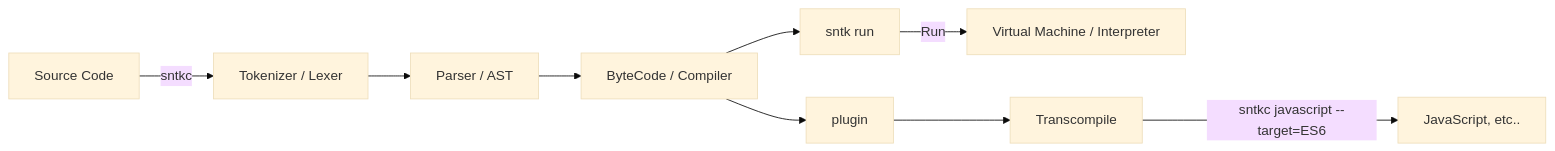
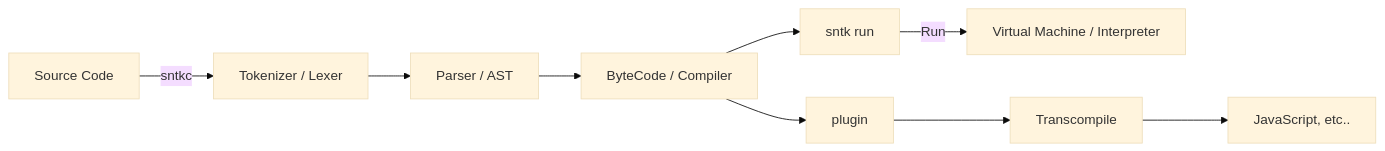
One commit to siglang/signature changed the diagram in README.md. Above: the diagram before and after it, drawn with Mermaid (base theme). The commit also changed other lines of this file, not shown here.

````diff
--- a/README.md
+++ b/README.md
@@ -46,11 +50,11 @@
 ```mermaid
 graph LR
-    _[Source Code] --> |sntkc| A
-    A[Tokenizer / Lexer] --> B[Parser / AST]
-    B --> C[ByteCode / Compiler]
-    C --> D[sntk run]
-    D --> |Run| E[Virtual Machine / Interpreter]
-    C --> F[plugin]
-    F --> G[Transcompile]
-    G --> |sntkc javascript --target=ES6| H[JavaScript, etc..]
+    _[Source Code] --> |sntkc| Lexer
+    Lexer[Tokenizer / Lexer] --> Parser[Parser / AST]
+    Parser --> Compiler[ByteCode / Compiler]
+    Compiler --> Run[sntk run]
+    Run --> |Run| VM[Virtual Machine / Interpreter]
+    Compiler --> Plugin[plugin]
+    Plugin --> Transcompile[Transcompile]
+    Transcompile --> TResult[JavaScript, etc..]
 ```
````
